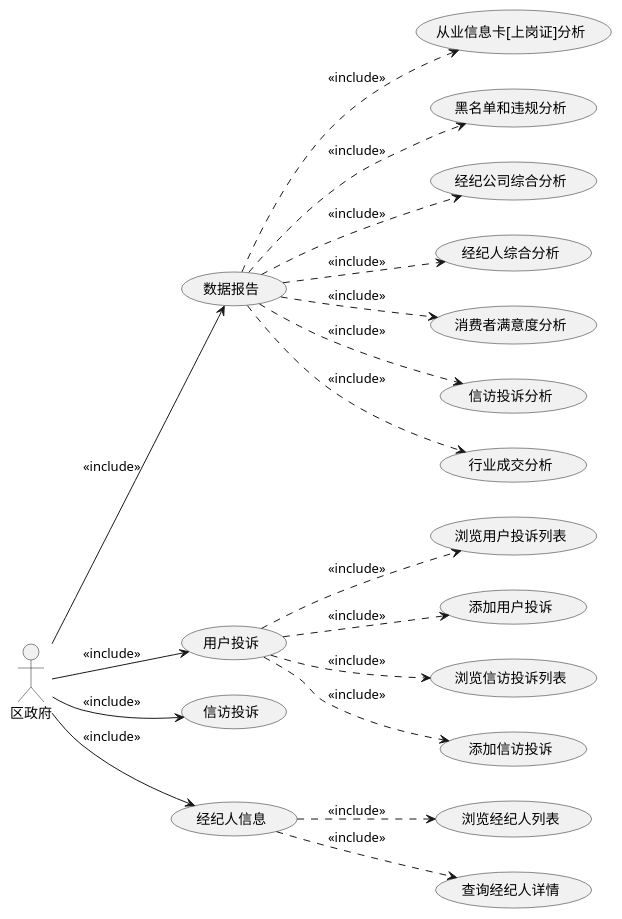
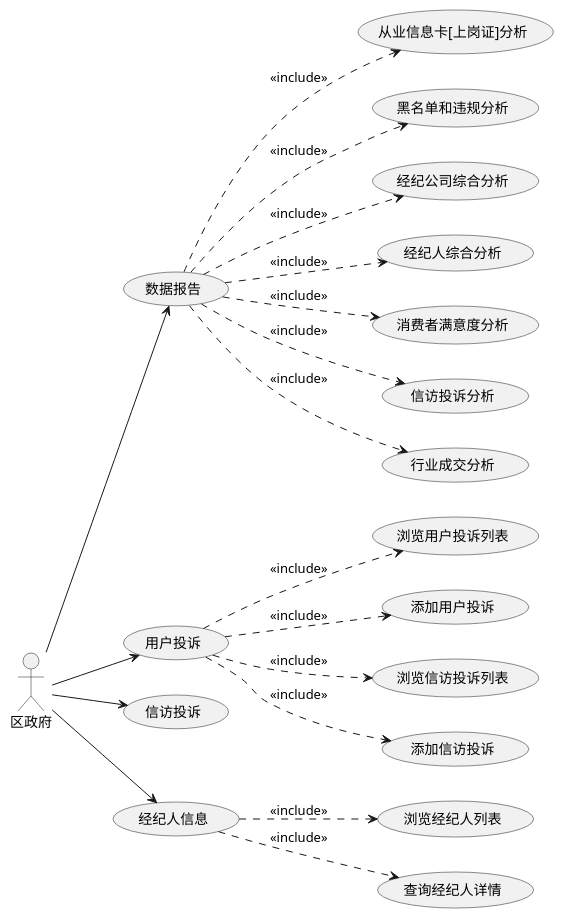
Diagram 11 of 14 in docs/credit/README.md (evildoerX/hyperledger-credit), drawn with PlantUML before and after one commit. The commit also changed other lines of this file, not shown here.

```diff
--- a/docs/credit/README.md
+++ b/docs/credit/README.md
@@ -342,20 +342,20 @@
 @startuml
 left to right direction
-区政府 --> (数据报告): <<include>>
+区政府 --> (数据报告)
 (数据报告) ..> (从业信息卡[上岗证]分析): <<include>>
 (数据报告) ..> (黑名单和违规分析): <<include>>
 (数据报告) ..> (经纪公司综合分析): <<include>>
 (数据报告) ..> (经纪人综合分析): <<include>>
 (数据报告) ..> (消费者满意度分析): <<include>>
 (数据报告) ..> (信访投诉分析): <<include>>
 (数据报告) ..> (行业成交分析): <<include>>
-区政府 --> (用户投诉): <<include>>
+区政府 --> (用户投诉)
 (用户投诉) ..> (浏览用户投诉列表): <<include>>
 (用户投诉) ..> (添加用户投诉): <<include>>
-区政府 --> (信访投诉): <<include>>
+区政府 --> (信访投诉)
 (用户投诉) ..> (浏览信访投诉列表): <<include>>
 (用户投诉) ..> (添加信访投诉): <<include>>
-区政府 --> (经纪人信息): <<include>>
+区政府 --> (经纪人信息)
 (经纪人信息) ..> (浏览经纪人列表): <<include>>
 (经纪人信息) ..> (查询经纪人详情): <<include>>
 @enduml
```
